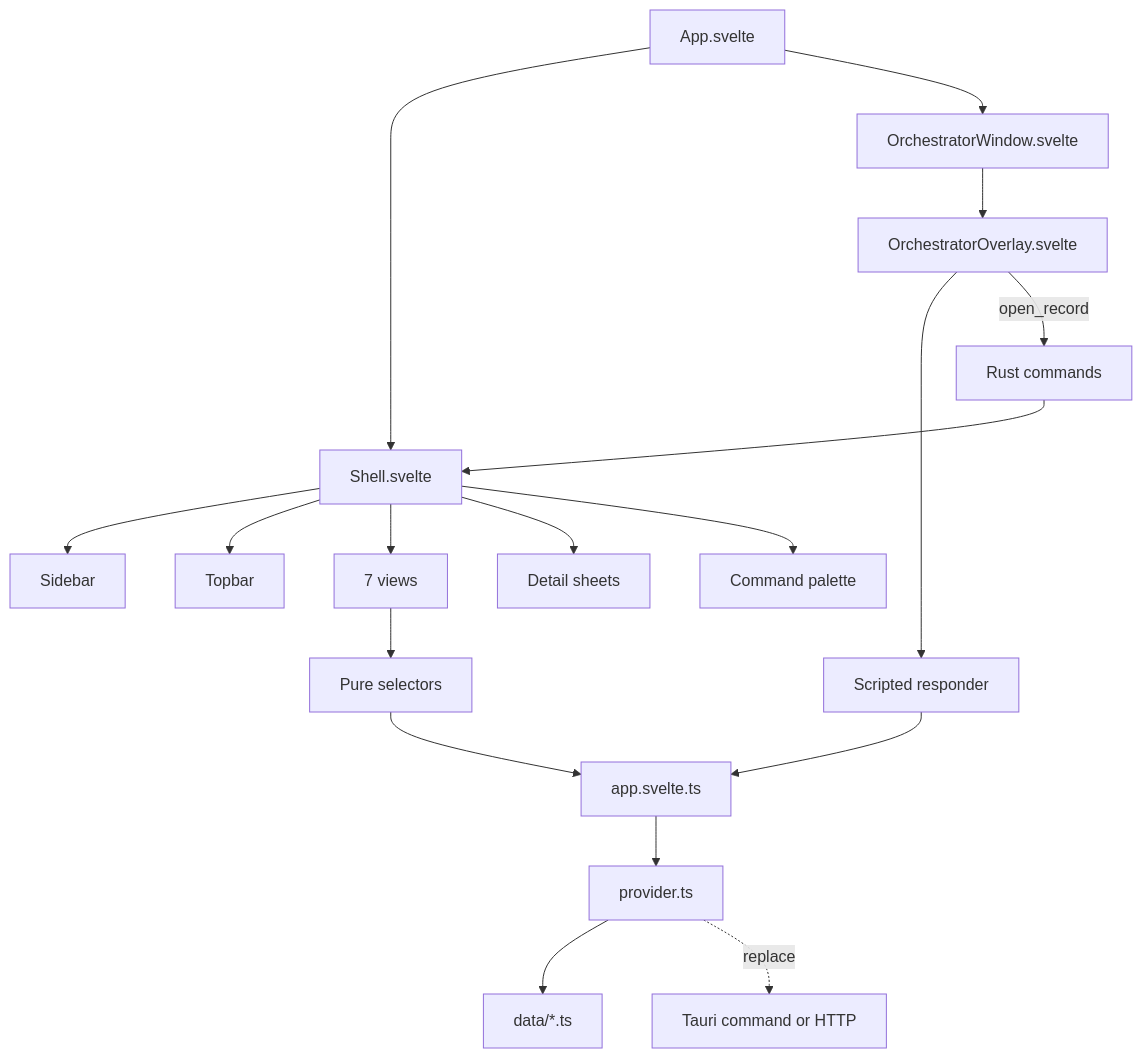
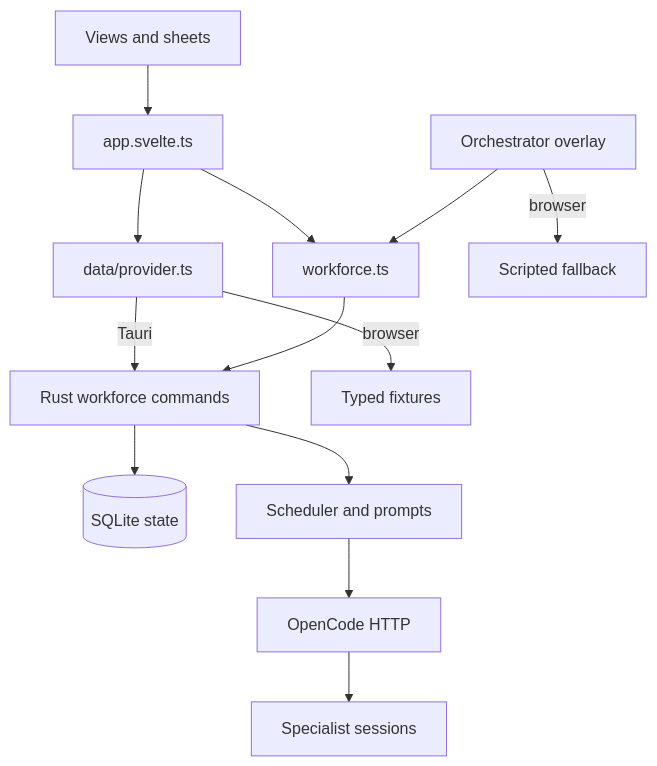
One commit to yogimait/Pets changed the diagram in docs/Architecture.md. Above: the diagram before and after it, drawn with Mermaid. The commit also changed other lines of this file and 55 other files, not shown here.

````diff
--- a/docs/Architecture.md
+++ b/docs/Architecture.md
@@ -15,20 +15,15 @@
 ```mermaid
 flowchart TD
-  App[App.svelte] --> Shell[Shell.svelte]
-  App --> OverlayWindow[OrchestratorWindow.svelte]
-  Shell --> Sidebar
-  Shell --> Topbar
-  Shell --> Views[7 views]
-  Shell --> Sheets[Detail sheets]
-  Shell --> Palette[Command palette]
-  OverlayWindow --> Overlay[OrchestratorOverlay.svelte]
-  Views --> Selectors[Pure selectors]
-  Overlay --> Responder[Scripted responder]
-  Responder --> Snapshot
-  Selectors --> Snapshot
-  Overlay -->|open_record| Rust[Rust commands]
-  Rust --> Shell
-  Snapshot[app.svelte.ts] --> Provider[provider.ts]
-  Provider --> Fixtures[data/*.ts]
-  Provider -. replace .-> Tauri[Tauri command or HTTP]
+  UI[Views and sheets] --> Store[app.svelte.ts]
+  Store --> Provider[data/provider.ts]
+  Provider -->|Tauri| SnapshotCmds[Rust workforce commands]
+  Provider -->|browser| Fixtures[Typed fixtures]
+  Store --> Client[workforce.ts]
+  Client --> SnapshotCmds
+  SnapshotCmds --> DB[(SQLite state)]
+  SnapshotCmds --> Scheduler[Scheduler and prompts]
+  Scheduler --> OC[OpenCode HTTP]
+  OC --> Sessions[Specialist sessions]
+  Overlay[Orchestrator overlay] --> Client
+  Overlay -->|browser| Scripted[Scripted fallback]
 ```
````
